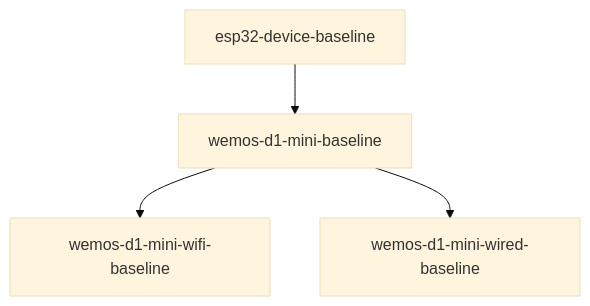
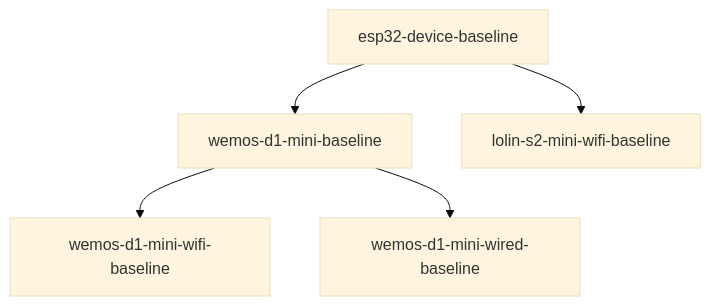
One commit to Steven-Burns/arkadiahouse-hardware changed the diagram in include/board-composition-readme.md. Above: the diagram before and after it, drawn with Mermaid (base theme).

Commit message:
note the lolin board in the composition tree

````diff
--- a/include/board-composition-readme.md
+++ b/include/board-composition-readme.md
@@ -3,6 +3,8 @@
 ```mermaid
 graph TD;
     esp32-device-baseline-->wemos-d1-mini-baseline;
     wemos-d1-mini-baseline-->wemos-d1-mini-wifi-baseline;
     wemos-d1-mini-baseline-->wemos-d1-mini-wired-baseline;
+
+    esp32-device-baseline-->lolin-s2-mini-wifi-baseline;
 ```
````
